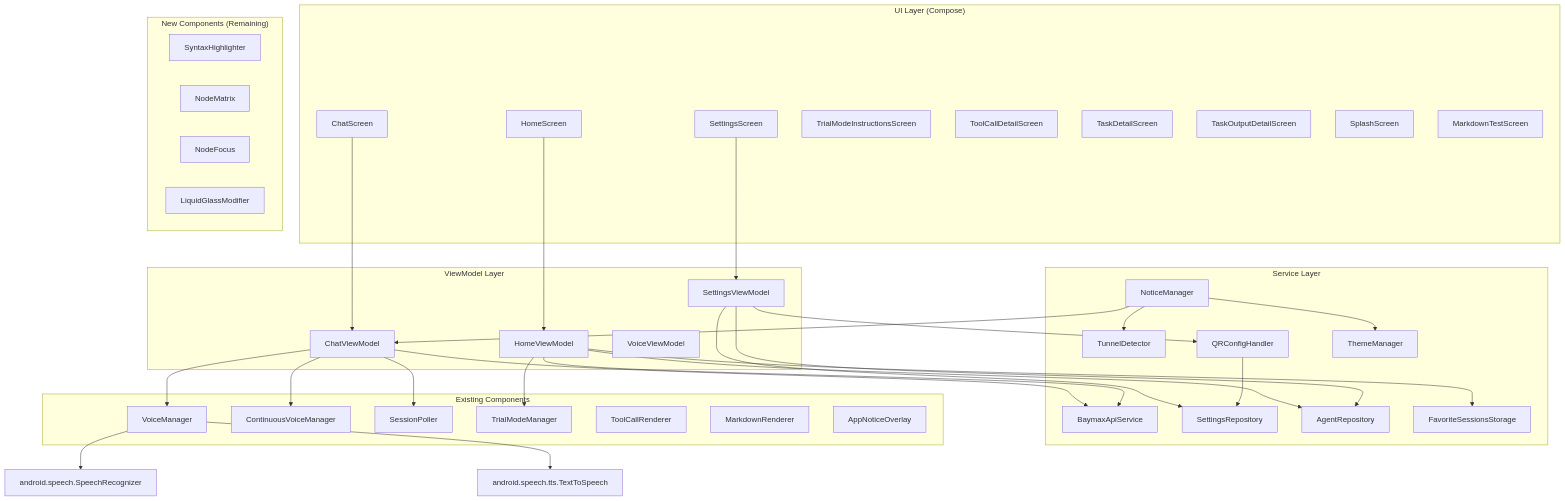
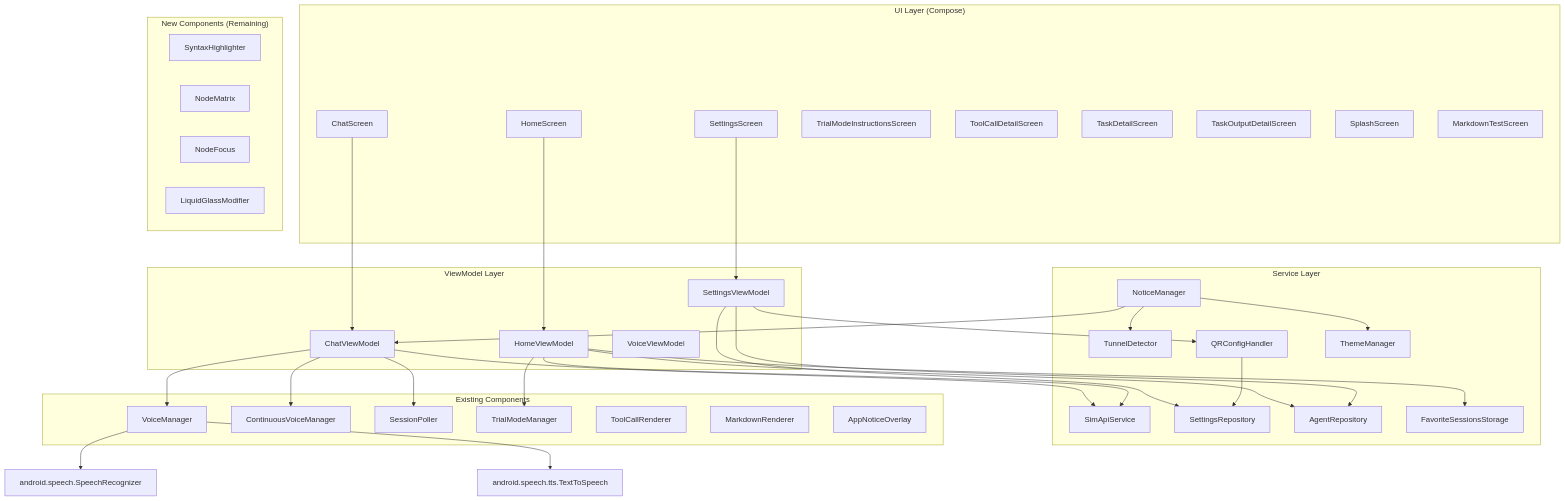
The diagram in .agents/specs/mobile/android-feature-parity/design.md (imagineerings/xor), drawn with Mermaid before and after one commit. The commit also changed other lines of this file and 1952 other files, not shown here.

Commit message:
chore: rename from baymax to sim (#61)

````diff
--- a/.agents/specs/mobile/android-feature-parity/design.md
+++ b/.agents/specs/mobile/android-feature-parity/design.md
@@ -9,76 +9,76 @@
 ```mermaid
 graph TD
     subgraph "UI Layer (Compose)"
         HomeScreen
         ChatScreen
         SettingsScreen
         TrialModeInstructionsScreen
         ToolCallDetailScreen
         TaskDetailScreen
         TaskOutputDetailScreen
         SplashScreen
         MarkdownTestScreen
     end
 
     subgraph "ViewModel Layer"
         HomeViewModel
         ChatViewModel
         SettingsViewModel
         VoiceViewModel
     end
 
     subgraph "Service Layer"
-        BaymaxApiService
+        SimApiService
         SettingsRepository
         AgentRepository
         TunnelDetector
         NoticeManager
         QRConfigHandler
         FavoriteSessionsStorage
         ThemeManager
     end
 
     subgraph "Existing Components"
         VoiceManager
         ContinuousVoiceManager
         SessionPoller
         TrialModeManager
         ToolCallRenderer
         MarkdownRenderer
         AppNoticeOverlay
     end
 
     subgraph "New Components (Remaining)"
         SyntaxHighlighter
         NodeMatrix
         NodeFocus
         LiquidGlassModifier
     end
 
     HomeScreen --> HomeViewModel
     ChatScreen --> ChatViewModel
     SettingsScreen --> SettingsViewModel
     
-    ChatViewModel --> BaymaxApiService
+    ChatViewModel --> SimApiService
     ChatViewModel --> VoiceManager
     ChatViewModel --> SessionPoller
     ChatViewModel --> ContinuousVoiceManager
     
-    HomeViewModel --> BaymaxApiService
+    HomeViewModel --> SimApiService
     HomeViewModel --> AgentRepository
     HomeViewModel --> TrialModeManager
     HomeViewModel --> FavoriteSessionsStorage
     
     SettingsViewModel --> SettingsRepository
     SettingsViewModel --> AgentRepository
     SettingsViewModel --> QRConfigHandler
     
     VoiceManager --> android.speech.SpeechRecognizer
     VoiceManager --> android.speech.tts.TextToSpeech
     
     QRConfigHandler --> SettingsRepository
     
     NoticeManager --> ChatViewModel
     NoticeManager --> TunnelDetector
     NoticeManager --> ThemeManager
 ```
````
